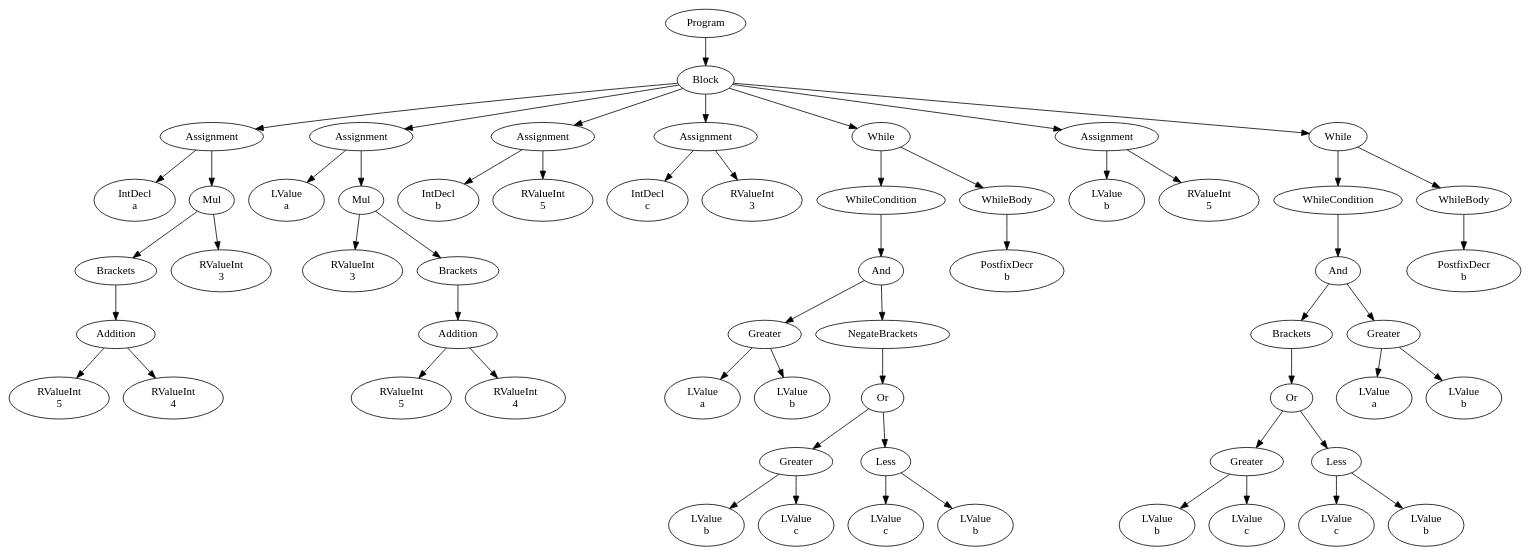
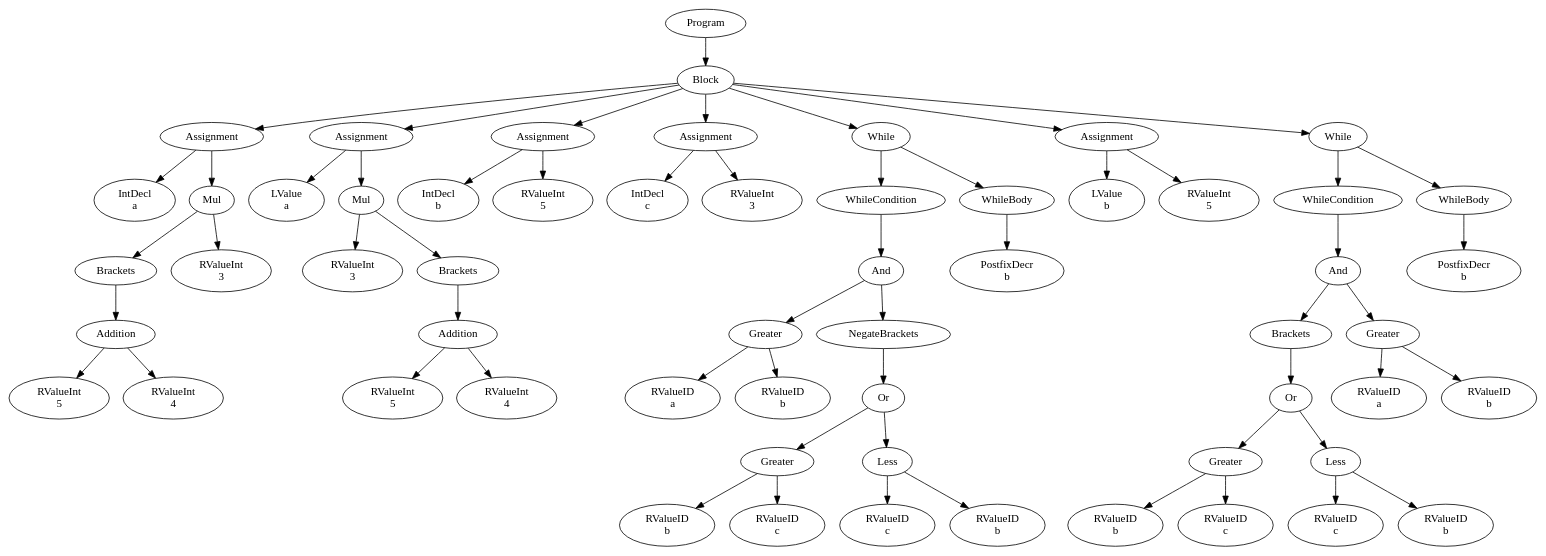
One commit to FedericoQuin/Compilers changed the diagram in official/res/solutions/brackets.dot. Above: the diagram before and after it, drawn with Graphviz. The commit also changed 2 other files, not shown here.

Commit message:
Fixed Rvalue bug for comparisons as well

```diff
--- a/official/res/solutions/brackets.dot
+++ b/official/res/solutions/brackets.dot
@@ -1,119 +1,119 @@
 digraph AST {
 0 [label="Program"];
 1 [label="Block"];
 2 [label="Assignment"];
 3 [label="IntDecl \na"];
 4 [label="Mul"];
 5 [label="Brackets"];
 6 [label="Addition"];
 7 [label="RValueInt \n5"];
 8 [label="RValueInt \n4"];
 6 -> 7;
 6 -> 8;
 5 -> 6;
 9 [label="RValueInt \n3"];
 4 -> 5;
 4 -> 9;
 2 -> 3;
 2 -> 4;
 10 [label="Assignment"];
 11 [label="LValue \na"];
 12 [label="Mul"];
 13 [label="RValueInt \n3"];
 14 [label="Brackets"];
 15 [label="Addition"];
 16 [label="RValueInt \n5"];
 17 [label="RValueInt \n4"];
 15 -> 16;
 15 -> 17;
 14 -> 15;
 12 -> 13;
 12 -> 14;
 10 -> 11;
 10 -> 12;
 18 [label="Assignment"];
 19 [label="IntDecl \nb"];
 20 [label="RValueInt \n5"];
 18 -> 19;
 18 -> 20;
 21 [label="Assignment"];
 22 [label="IntDecl \nc"];
 23 [label="RValueInt \n3"];
 21 -> 22;
 21 -> 23;
 24 [label="While"];
 25 [label="WhileCondition"];
 26 [label="And"];
 27 [label="Greater"];
-28 [label="LValue \na"];
-29 [label="LValue \nb"];
+28 [label="RValueID \na"];
+29 [label="RValueID \nb"];
 27 -> 28;
 27 -> 29;
 30 [label="NegateBrackets"];
 31 [label="Or"];
 32 [label="Greater"];
-33 [label="LValue \nb"];
-34 [label="LValue \nc"];
+33 [label="RValueID \nb"];
+34 [label="RValueID \nc"];
 32 -> 33;
 32 -> 34;
 35 [label="Less"];
-36 [label="LValue \nc"];
-37 [label="LValue \nb"];
+36 [label="RValueID \nc"];
+37 [label="RValueID \nb"];
 35 -> 36;
 35 -> 37;
 31 -> 32;
 31 -> 35;
 30 -> 31;
 26 -> 27;
 26 -> 30;
 25 -> 26;
 38 [label="WhileBody"];
 39 [label="PostfixDecr \nb"];
 38 -> 39;
 24 -> 25;
 24 -> 38;
 40 [label="Assignment"];
 41 [label="LValue \nb"];
 42 [label="RValueInt \n5"];
 40 -> 41;
 40 -> 42;
 43 [label="While"];
 44 [label="WhileCondition"];
 45 [label="And"];
 46 [label="Brackets"];
 47 [label="Or"];
 48 [label="Greater"];
-49 [label="LValue \nb"];
-50 [label="LValue \nc"];
+49 [label="RValueID \nb"];
+50 [label="RValueID \nc"];
 48 -> 49;
 48 -> 50;
 51 [label="Less"];
-52 [label="LValue \nc"];
-53 [label="LValue \nb"];
+52 [label="RValueID \nc"];
+53 [label="RValueID \nb"];
 51 -> 52;
 51 -> 53;
 47 -> 48;
 47 -> 51;
 46 -> 47;
 54 [label="Greater"];
-55 [label="LValue \na"];
-56 [label="LValue \nb"];
+55 [label="RValueID \na"];
+56 [label="RValueID \nb"];
 54 -> 55;
 54 -> 56;
 45 -> 46;
 45 -> 54;
 44 -> 45;
 57 [label="WhileBody"];
 58 [label="PostfixDecr \nb"];
 57 -> 58;
 43 -> 44;
 43 -> 57;
 1 -> 2;
 1 -> 10;
 1 -> 18;
 1 -> 21;
 1 -> 24;
 1 -> 40;
 1 -> 43;
 0 -> 1;
 }
```
